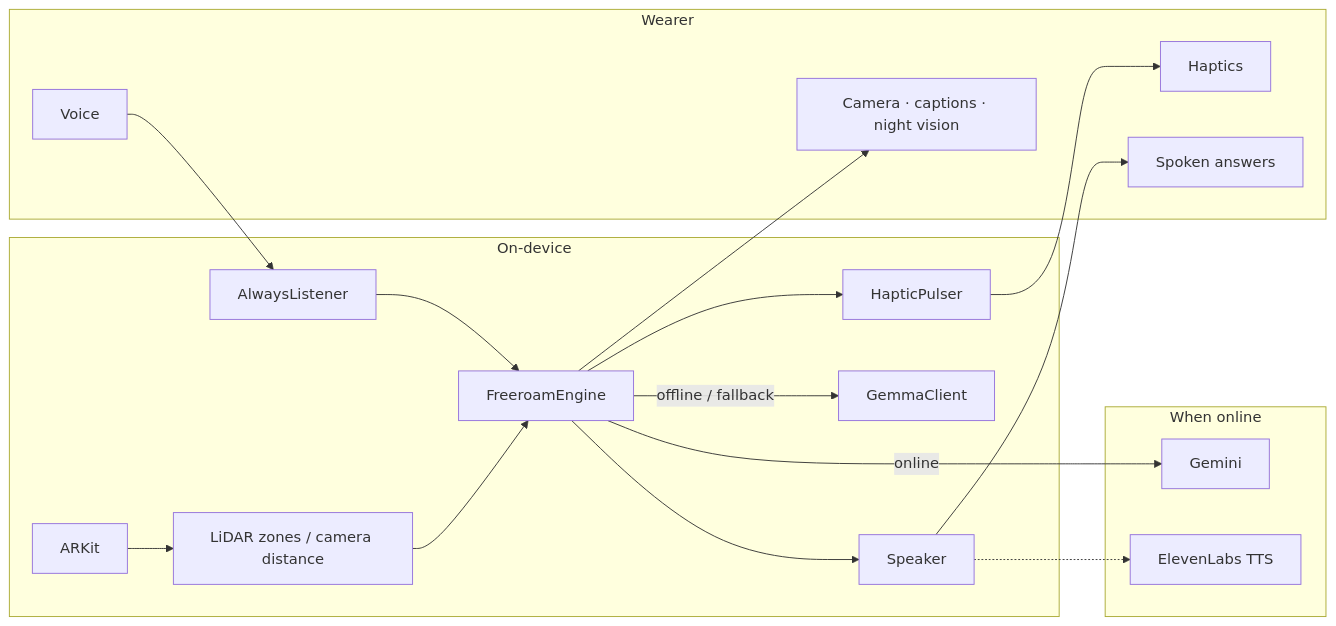
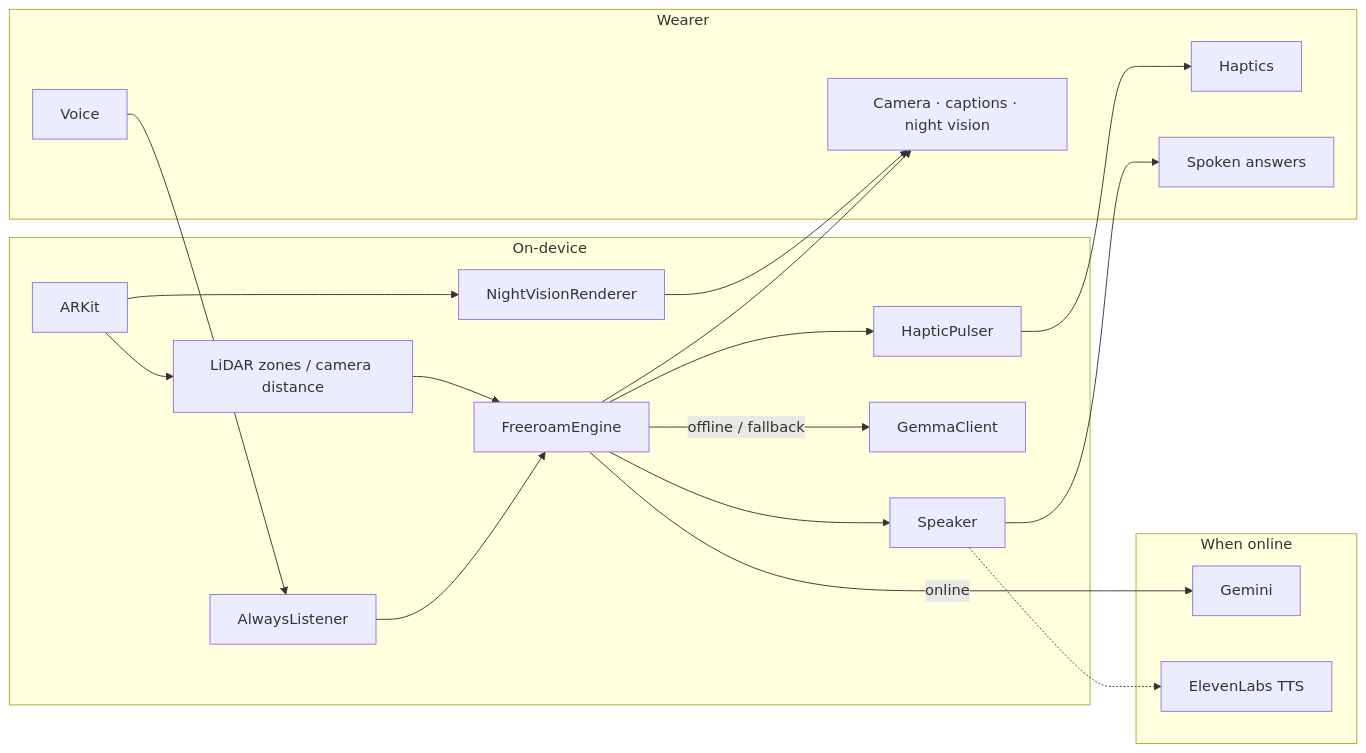
One commit to prathamwankhede/Vantage changed the diagram in README.md. Above: the diagram before and after it, drawn with Mermaid. The commit also changed other lines of this file and 4 other files, not shown here.

First line of the commit message:
Sync docs and phrase bank with Freeroam-first night vision.

````diff
--- a/README.md
+++ b/README.md
@@ -61,33 +64,35 @@
 ```mermaid
 flowchart LR
     subgraph Wearer
         MIC["Voice"]
         BODY["Haptics"]
         EAR["Spoken answers"]
         SCREEN["Camera · captions · night vision"]
     end
 
     subgraph Device["On-device"]
         AR["ARKit"]
         DEPTH["LiDAR zones / camera distance"]
+        NV["NightVisionRenderer"]
         ENG["FreeroamEngine"]
         SPK["Speaker"]
         LISTEN["AlwaysListener"]
         GEMMA["GemmaClient"]
         HAP["HapticPulser"]
     end
 
     subgraph Cloud["When online"]
         GEM["Gemini"]
         EL["ElevenLabs TTS"]
     end
 
     AR --> DEPTH --> ENG
+    AR --> NV --> SCREEN
     MIC --> LISTEN --> ENG
     ENG --> HAP --> BODY
     ENG --> SPK --> EAR
     ENG --> SCREEN
     ENG -->|"online"| GEM
     ENG -->|"offline / fallback"| GEMMA
     SPK -.-> EL
 ```
````
